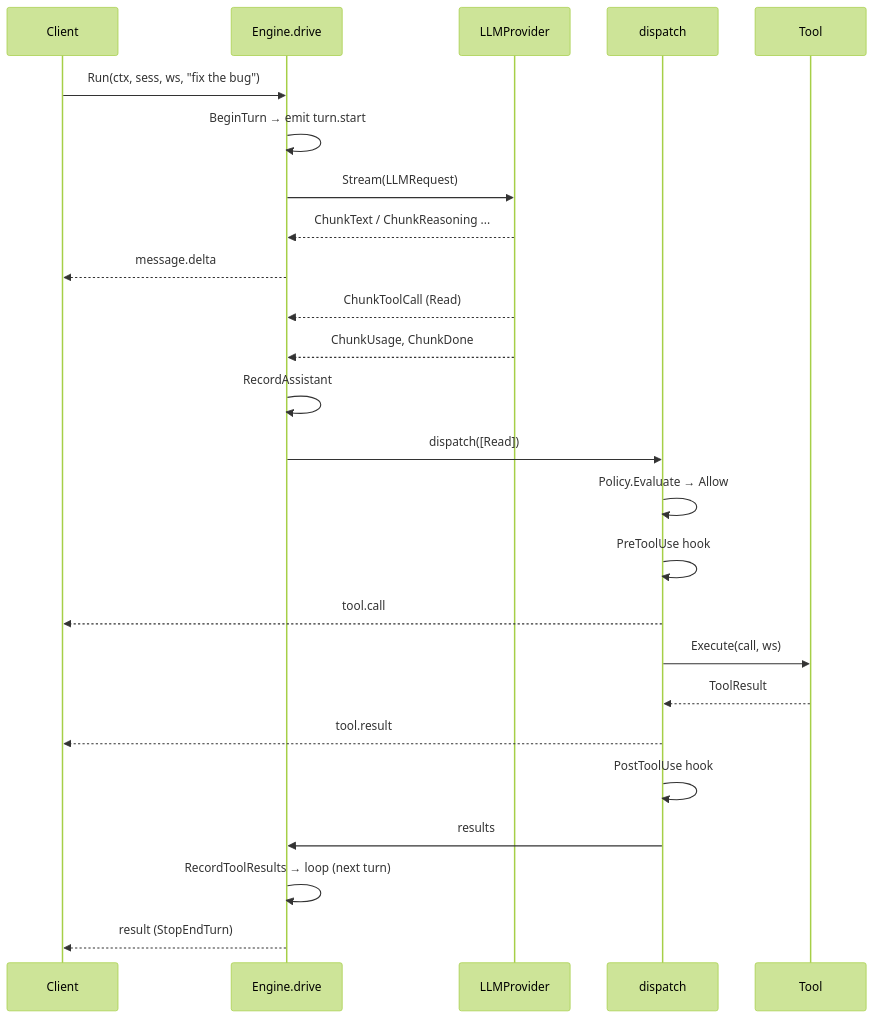
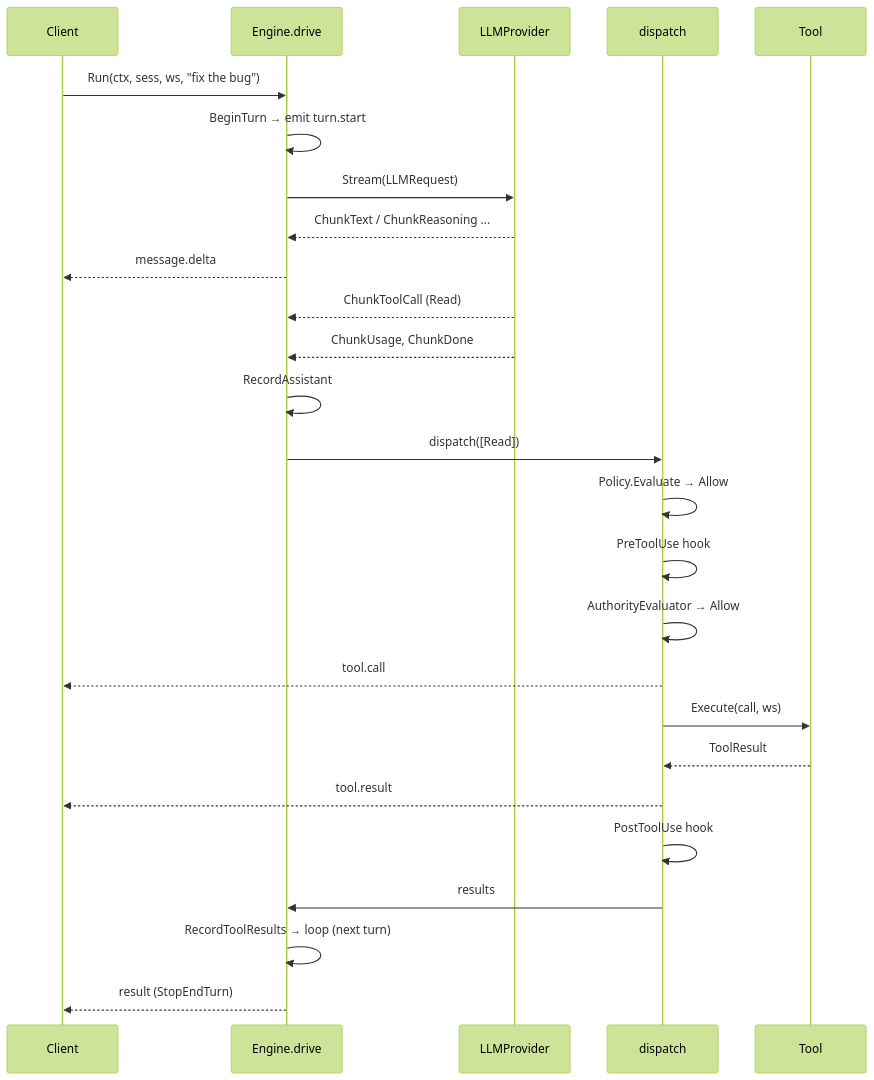
The first of 2 diagrams in docs/architecture/agent-loop.md (Sanskarzz/mecatl), drawn with Mermaid (forest theme) before and after one commit. The commit also changed other lines of this file and 112 other files, not shown here.

````diff
--- a/docs/architecture/agent-loop.md
+++ b/docs/architecture/agent-loop.md
@@ -90,27 +90,28 @@
 ```mermaid
 sequenceDiagram
   participant C as Client
   participant E as Engine.drive
   participant L as LLMProvider
   participant D as dispatch
   participant T as Tool
   C->>E: Run(ctx, sess, ws, "fix the bug")
   E->>E: BeginTurn → emit turn.start
   E->>L: Stream(LLMRequest)
   L-->>E: ChunkText / ChunkReasoning ...
   E-->>C: message.delta
   L-->>E: ChunkToolCall (Read)
   L-->>E: ChunkUsage, ChunkDone
   E->>E: RecordAssistant
   E->>D: dispatch([Read])
   D->>D: Policy.Evaluate → Allow
   D->>D: PreToolUse hook
+  D->>D: AuthorityEvaluator → Allow
   D-->>C: tool.call
   D->>T: Execute(call, ws)
   T-->>D: ToolResult
   D-->>C: tool.result
   D->>D: PostToolUse hook
   D->>E: results
   E->>E: RecordToolResults → loop (next turn)
   E-->>C: result (StopEndTurn)
 ```
````
